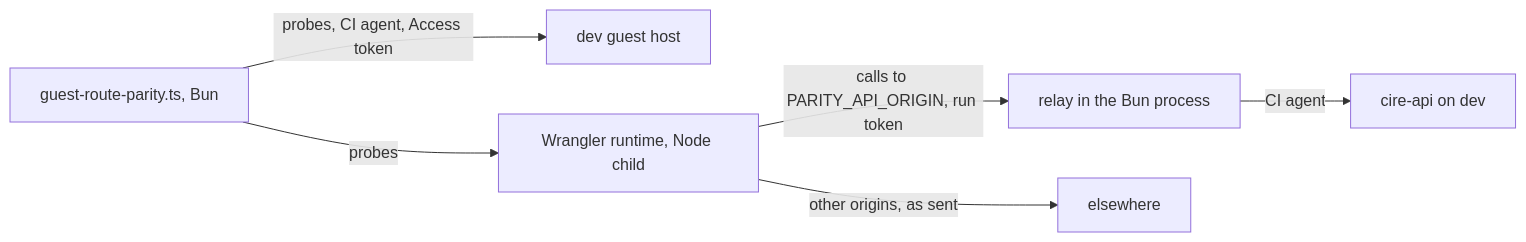
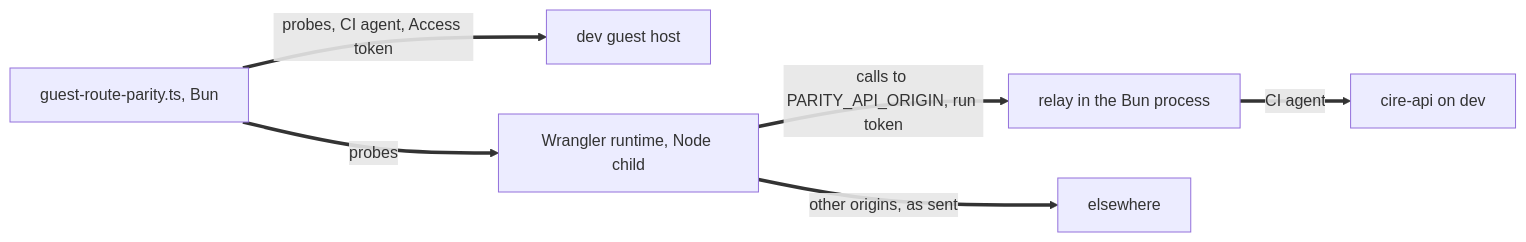
One commit to englishstreetventures/osn changed the diagram in wiki/shared/infrastructure-as-code.md. Above: the diagram before and after it, drawn with Mermaid.

Commit message:
Wiki: draw the comparison diagram with thick links

````diff
--- a/wiki/shared/infrastructure-as-code.md
+++ b/wiki/shared/infrastructure-as-code.md
@@ -314,8 +314,8 @@
 ```mermaid
 flowchart LR
-  P[guest-route-parity.ts, Bun] -->|probes, CI agent, Access token| D[dev guest host]
-  P -->|probes| W[Wrangler runtime, Node child]
-  W -->|calls to PARITY_API_ORIGIN, run token| R[relay in the Bun process]
-  R -->|CI agent| A[cire-api on dev]
-  W -->|other origins, as sent| O[elsewhere]
+  P[guest-route-parity.ts, Bun] ==>|probes, CI agent, Access token| D[dev guest host]
+  P ==>|probes| W[Wrangler runtime, Node child]
+  W ==>|calls to PARITY_API_ORIGIN, run token| R[relay in the Bun process]
+  R ==>|CI agent| A[cire-api on dev]
+  W ==>|other origins, as sent| O[elsewhere]
 ```
````
